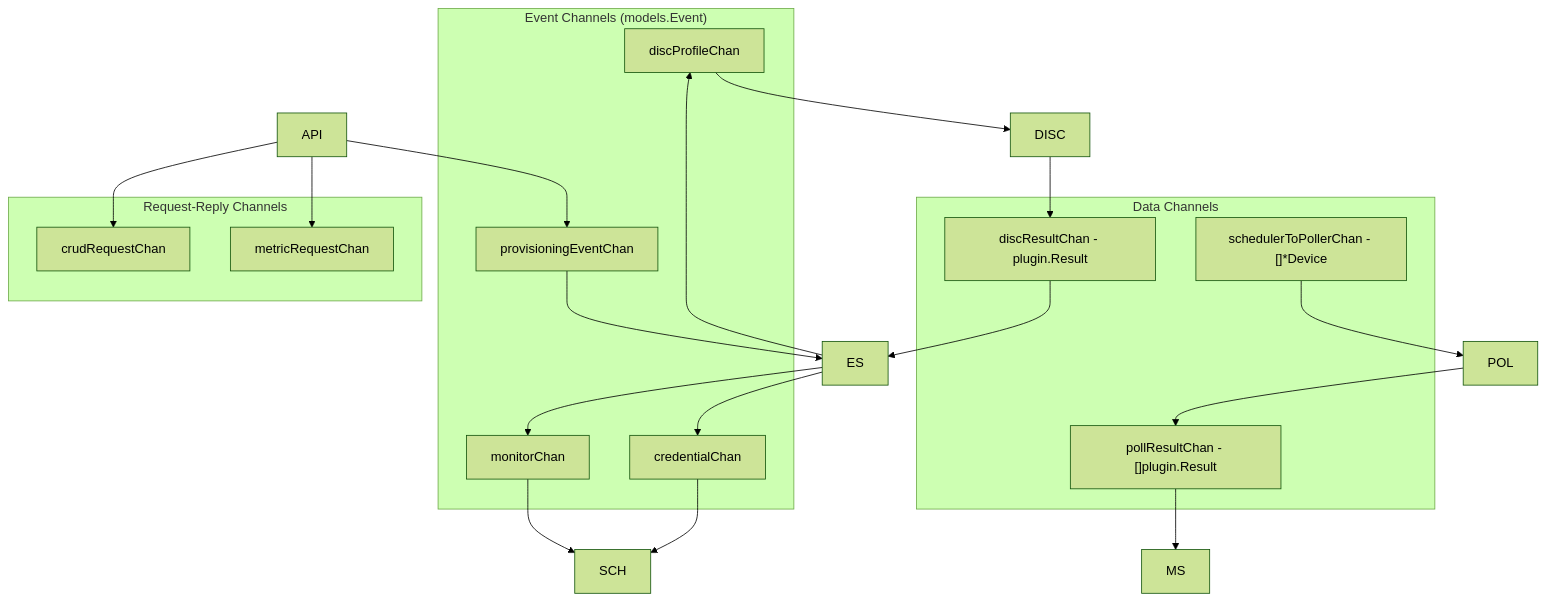
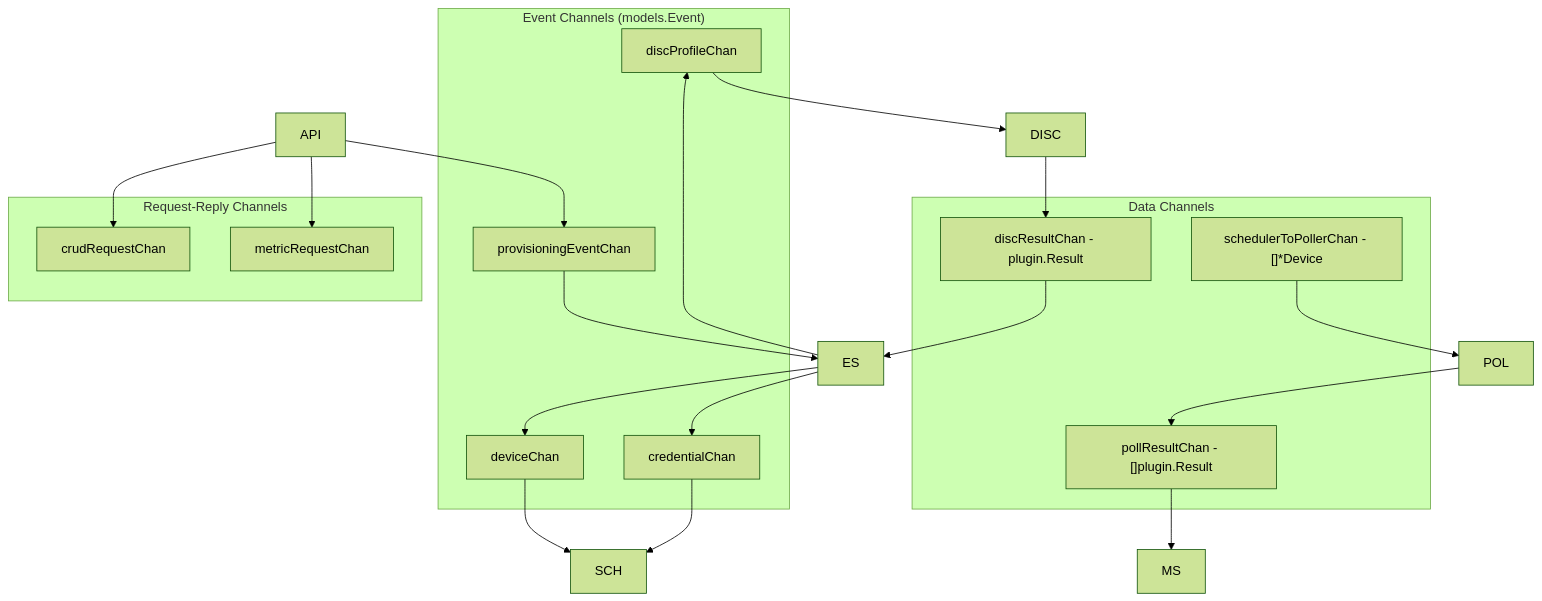
Before and after one commit to PremModhaOfficial/nms: the sixth of 10 diagrams in ARCHITECTURE.md, drawn with Mermaid (forest theme). The commit also changed other lines of this file and 25 other files, not shown here.

````diff
--- a/ARCHITECTURE.md
+++ b/ARCHITECTURE.md
@@ -225,40 +226,40 @@
 ```mermaid
 graph TD
     subgraph "Event Channels (models.Event)"
-        MC[monitorChan]
+        DC[deviceChan]
         CC[credentialChan]
         DPC[discProfileChan]
         PROV[provisioningEventChan]
     end
 
     subgraph "Data Channels"
         PRC["pollResultChan - []plugin.Result"]
         DRC["discResultChan - plugin.Result"]
         S2P["schedulerToPollerChan - []*Device"]
     end
 
     subgraph "Request-Reply Channels"
         CRUD[crudRequestChan]
         METRIC[metricRequestChan]
     end
 
     API --> CRUD
     API --> METRIC
     API --> PROV
 
-    ES --> MC
+    ES --> DC
     ES --> CC
     ES --> DPC
 
-    MC --> SCH
+    DC --> SCH
     CC --> SCH
     DPC --> DISC
 
     S2P --> POL
     POL --> PRC
     DISC --> DRC
 
     PRC --> MS
     DRC --> ES
     PROV --> ES
 ```
````
